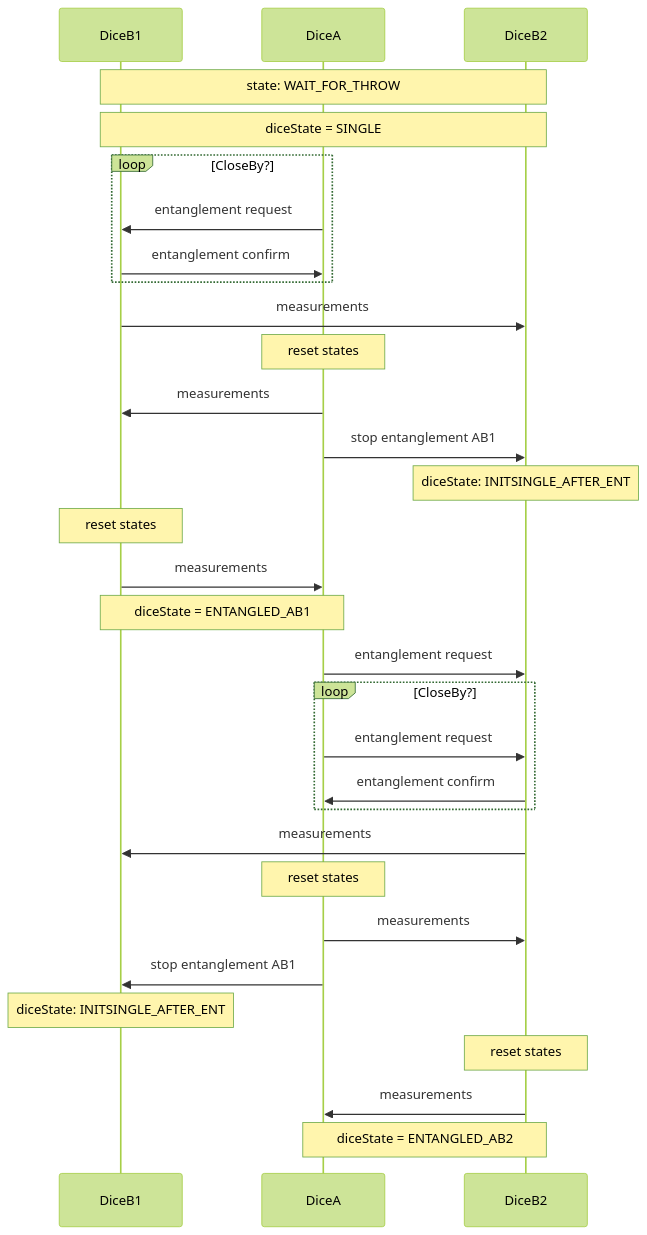
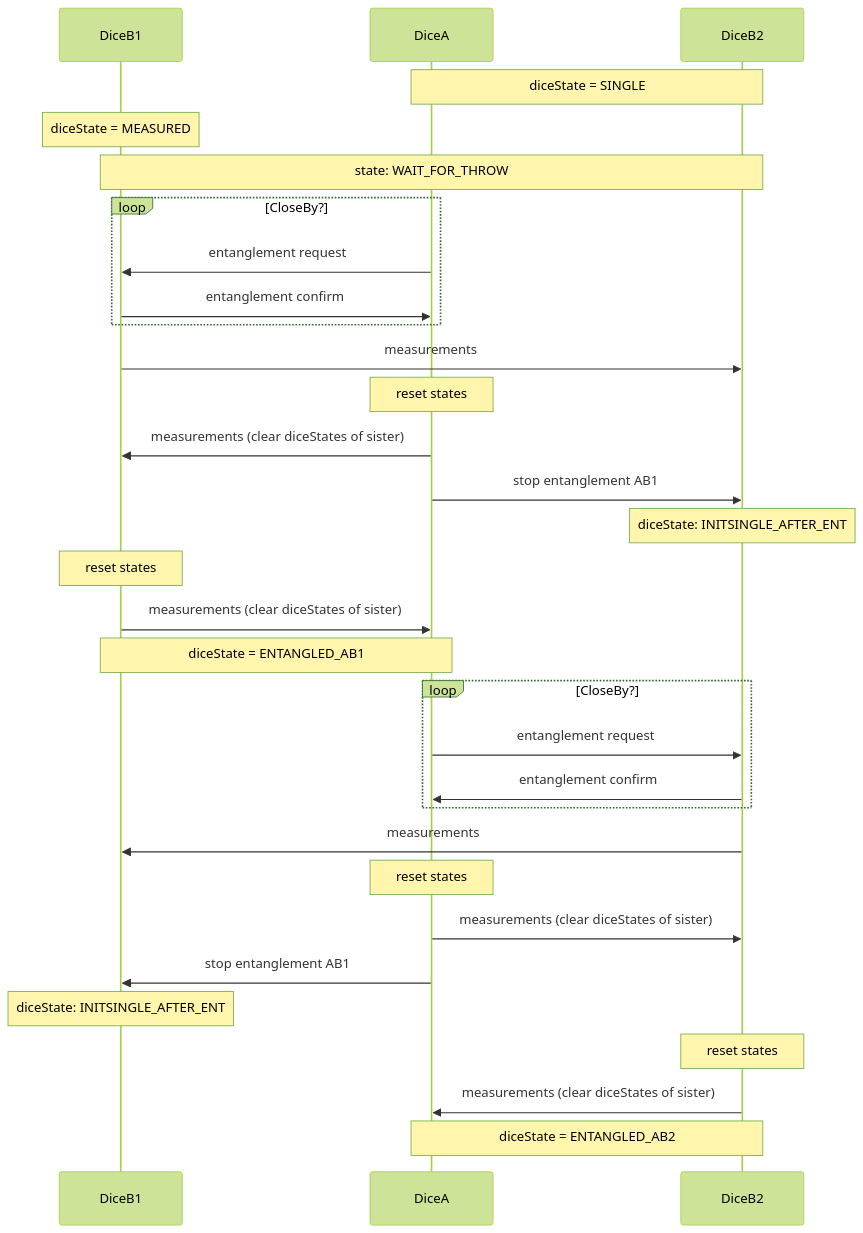
Before and after one commit to qlab-utwente/Quantum-Dice-by-UTwente: the second of 2 diagrams in Arduino/entanglement_sequence.md, drawn with Mermaid (forest theme).

````diff
--- a/Arduino/entanglement_sequence.md
+++ b/Arduino/entanglement_sequence.md
@@ -19,37 +19,37 @@
 ```mermaid
 sequenceDiagram
 
     participant DiceB1
     participant DiceA
     participant DiceB2
+
+    Note over DiceA,DiceB2: diceState = SINGLE
+    Note over DiceB1: diceState = MEASURED
     Note over DiceB1,DiceB2: state: WAIT_FOR_THROW
-    Note over DiceB1,DiceB2: diceState = SINGLE
     loop CloseBy?
         DiceA->>DiceB1: entanglement request
         DiceB1->>DiceA: entanglement confirm
     end
     DiceB1->>DiceB2: measurements
     Note over DiceA: reset states
-    DiceA->>DiceB1: measurements
+    DiceA->>DiceB1: measurements (clear diceStates of sister)
     DiceA->>DiceB2: stop entanglement AB1
     Note over DiceB2: diceState: INITSINGLE_AFTER_ENT
     Note over DiceB1: reset states
-    DiceB1->>DiceA: measurements
+    DiceB1->>DiceA: measurements (clear diceStates of sister)
     Note over DiceA,DiceB1: diceState = ENTANGLED_AB1
 
-
-    DiceA->>DiceB2: entanglement request
     loop CloseBy?
         DiceA->>DiceB2: entanglement request
         DiceB2->>DiceA: entanglement confirm
     end
     DiceB2->>DiceB1: measurements
     Note over DiceA: reset states
-    DiceA->>DiceB2: measurements
+    DiceA->>DiceB2: measurements (clear diceStates of sister)
     DiceA->>DiceB1: stop entanglement AB1
     Note over DiceB1: diceState: INITSINGLE_AFTER_ENT
     Note over DiceB2: reset states
-    DiceB2->>DiceA: measurements
+    DiceB2->>DiceA: measurements (clear diceStates of sister)
     Note over DiceA,DiceB2: diceState = ENTANGLED_AB2
 
 ```
````
